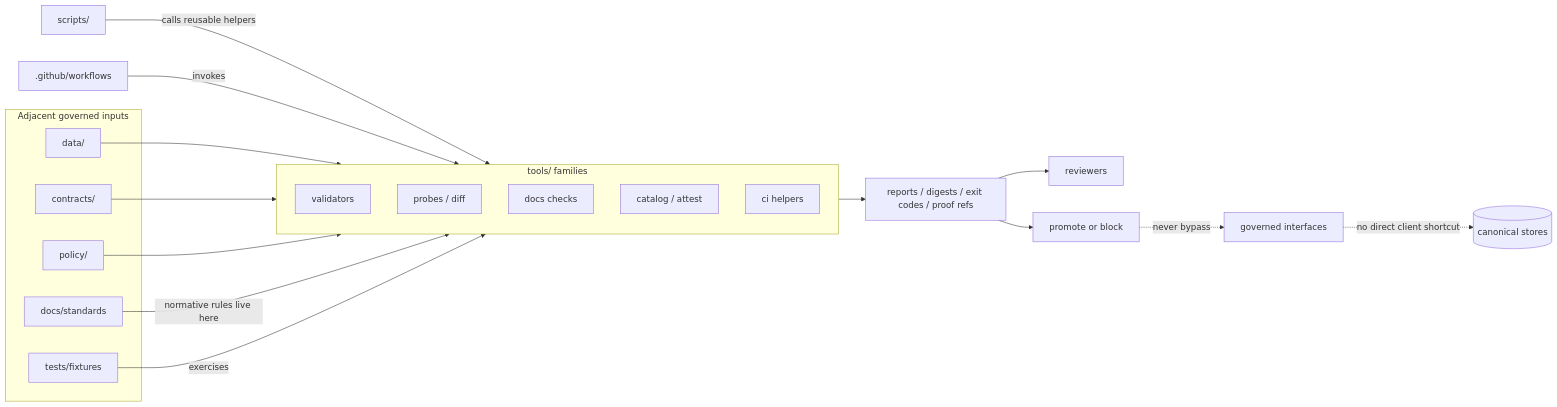
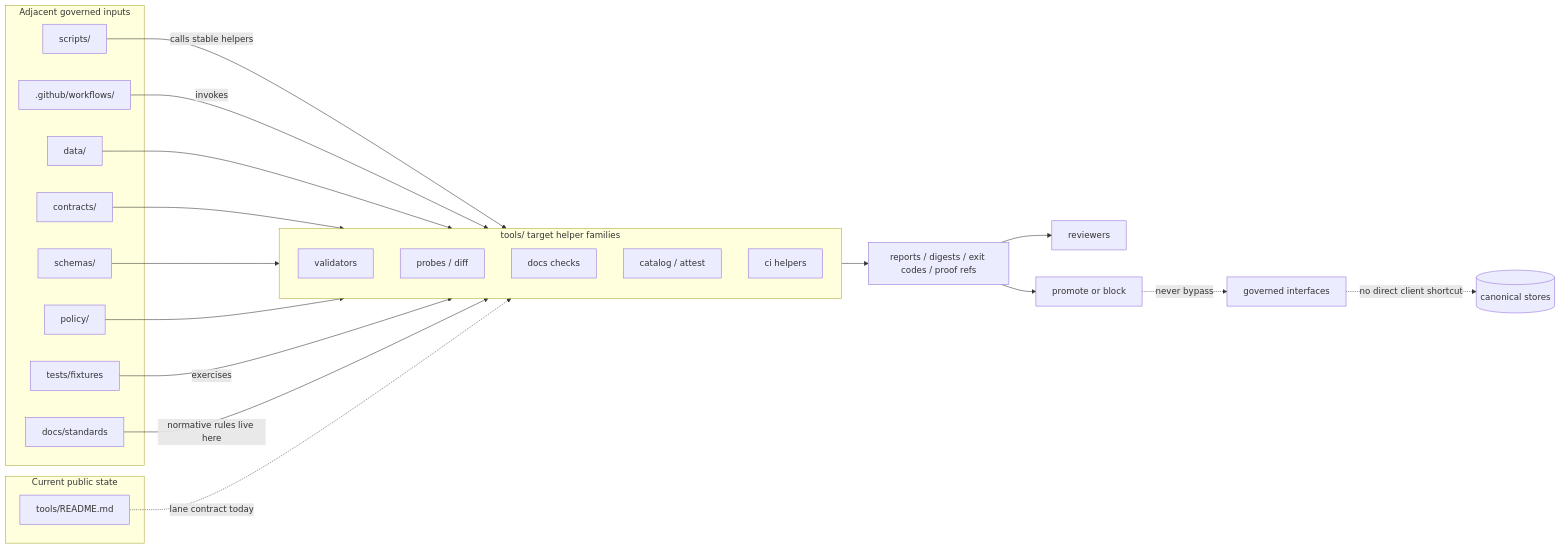
Before and after one commit to bartytime4life/Kansas-Frontier-Matrix: the diagram in tools/README.md, drawn with Mermaid. The commit also changed other lines of this file, not shown here.

Commit message:
Update README.md for tools directory with new details

````diff
--- a/tools/README.md
+++ b/tools/README.md
@@ -289,33 +316,42 @@
 ```mermaid
 flowchart LR
+    subgraph Current[Current public state]
+      T0[tools/README.md]
+    end
+
     subgraph Inputs[Adjacent governed inputs]
       D[data/]
       C[contracts/]
+      S[schemas/]
       P[policy/]
-      T[tests/fixtures]
+      TS[tests/fixtures]
       DS[docs/standards]
+      SC[scripts/]
+      WF[.github/workflows/]
     end
 
-    S[scripts/] -->|calls reusable helpers| TF
-    W[.github/workflows] -->|invokes| TF
-    D --> TF
-    C --> TF
-    P --> TF
-    DS -->|normative rules live here| TF
-    T -->|exercises| TF
-
-    subgraph TF[tools/ families]
+    subgraph Target[tools/ target helper families]
       V[validators]
       PR[probes / diff]
       DO[docs checks]
       CA[catalog / attest]
       CI[ci helpers]
     end
 
-    TF --> R[reports / digests / exit codes / proof refs]
+    SC -->|calls stable helpers| Target
+    WF -->|invokes| Target
+    D --> Target
+    C --> Target
+    S --> Target
+    P --> Target
+    TS -->|exercises| Target
+    DS -->|normative rules live here| Target
+
+    Target --> R[reports / digests / exit codes / proof refs]
     R --> RV[reviewers]
     R --> G[promote or block]
 
+    T0 -. lane contract today .-> Target
     G -. never bypass .-> API[governed interfaces]
     API -. no direct client shortcut .-> STORE[(canonical stores)]
 ```
````
